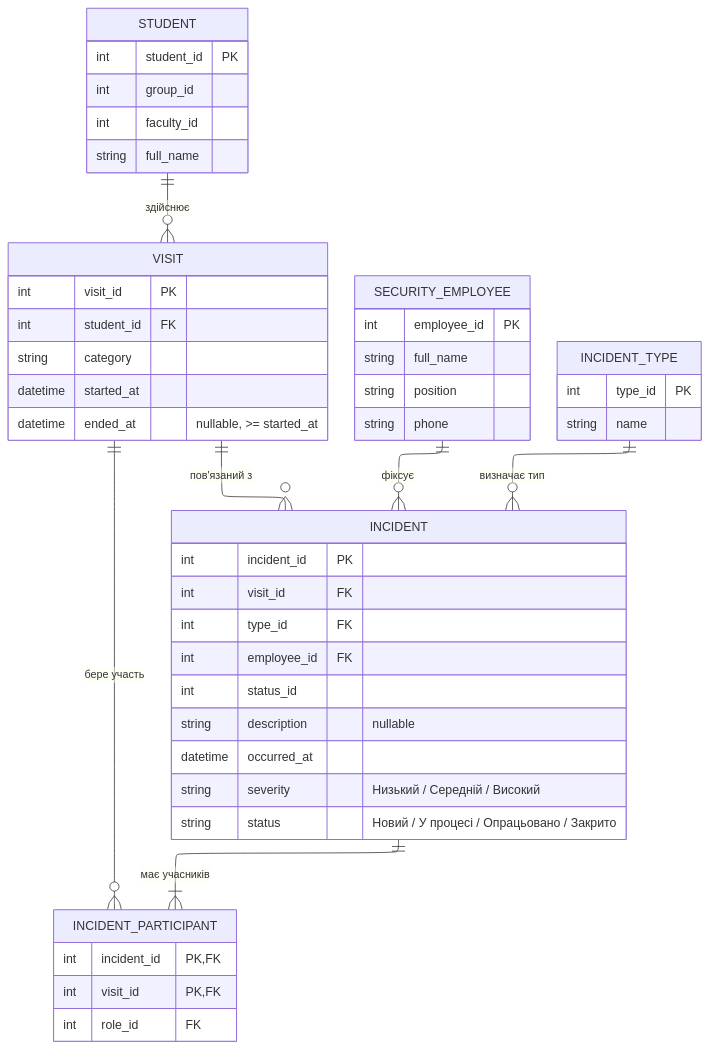
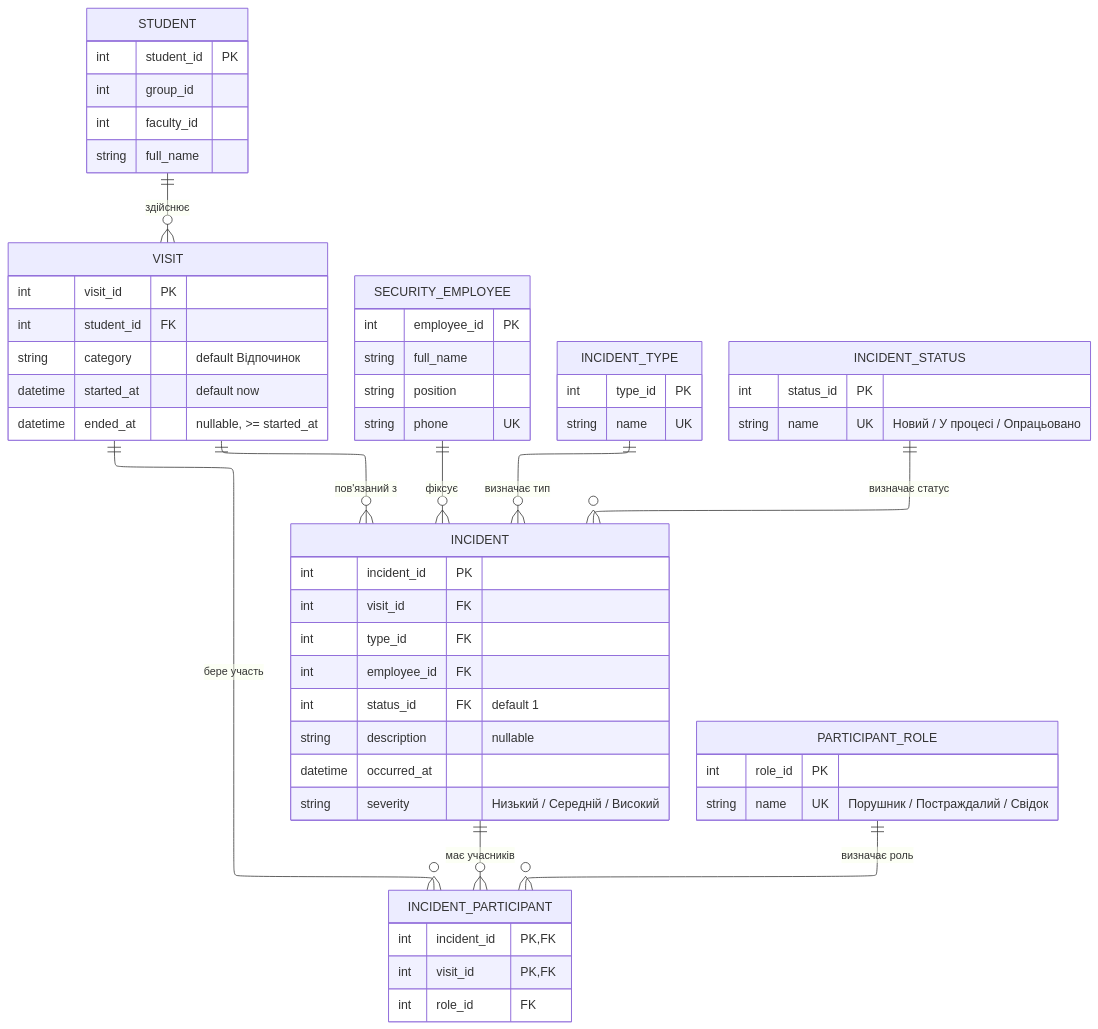
The diagram in labs/1 - ER Diagram/scheme.mmd (ZheniaTrochun/db-intro-course), drawn with Mermaid before and after one commit. The commit also changed 2 other files, not shown here.

Commit message:
fix(ERD): forgot to update it

```diff
--- a/labs/1 - ER Diagram/scheme.mmd
+++ b/labs/1 - ER Diagram/scheme.mmd
@@ -1,61 +1,72 @@
 ---
 config:
   layout: elk
   elk:
     mergeEdges: false
     nodePlacementStrategy: NETWORK_SIMPLEX
 ---
 erDiagram
     direction TB
 
     STUDENT ||--o{ VISIT : "здійснює"
     VISIT ||--o{ INCIDENT : "пов'язаний з"
     VISIT ||--o{ INCIDENT_PARTICIPANT : "бере участь"
-    INCIDENT ||--|{ INCIDENT_PARTICIPANT : "має учасників"
+    INCIDENT ||--o{ INCIDENT_PARTICIPANT : "має учасників"
     SECURITY_EMPLOYEE ||--o{ INCIDENT : "фіксує"
     INCIDENT_TYPE ||--o{ INCIDENT : "визначає тип"
+    INCIDENT_STATUS ||--o{ INCIDENT : "визначає статус"
+    PARTICIPANT_ROLE ||--o{ INCIDENT_PARTICIPANT : "визначає роль"
 
     STUDENT {
         int student_id PK
-        int group_id 
-        int faculty_id 
+        int group_id
+        int faculty_id
         string full_name
+    }
+
+    SECURITY_EMPLOYEE {
+        int employee_id PK
+        string full_name
+        string position
+        string phone UK
+    }
+
+    INCIDENT_TYPE {
+        int type_id PK
+        string name UK
+    }
+
+    INCIDENT_STATUS {
+        int status_id PK
+        string name UK "Новий / У процесі / Опрацьовано"
+    }
+
+    PARTICIPANT_ROLE {
+        int role_id PK
+        string name UK "Порушник / Постраждалий / Свідок"
     }
 
     VISIT {
         int visit_id PK
         int student_id FK
-        string category
-        datetime started_at
+        string category "default Відпочинок"
+        datetime started_at "default now"
         datetime ended_at "nullable, >= started_at"
-    }
-
-    INCIDENT_TYPE {
-        int type_id PK
-        string name
     }
 
     INCIDENT {
         int incident_id PK
         int visit_id FK
         int type_id FK
         int employee_id FK
-        int status_id 
+        int status_id FK "default 1"
         string description "nullable"
         datetime occurred_at
         string severity "Низький / Середній / Високий"
-        string status "Новий / У процесі / Опрацьовано / Закрито"
     }
 
     INCIDENT_PARTICIPANT {
         int incident_id PK, FK
         int visit_id PK, FK
         int role_id FK
     }
-
-    SECURITY_EMPLOYEE {
-        int employee_id PK
-        string full_name
-        string position
-        string phone 
-    }
```
